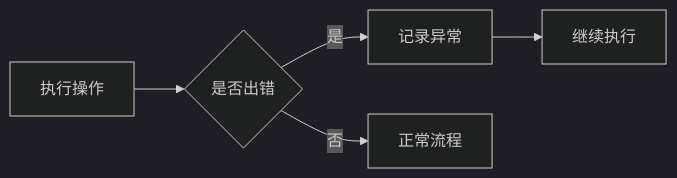
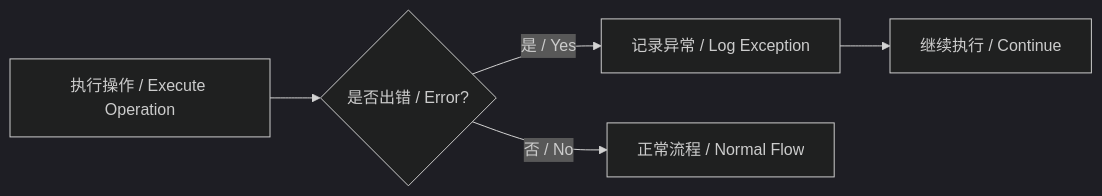
The fifth of 6 diagrams in README.md (041008Ashley/2025-platform-price-crawling-tool), drawn with Mermaid (dark theme) before and after one commit. The commit also changed other lines of this file, not shown here.

````diff
--- a/README.md
+++ b/README.md
@@ -144,7 +145,7 @@
 ```mermaid
 graph LR
-    E1[执行操作] --> E2{是否出错}
-    E2 -->|是| E3[记录异常]
-    E3 --> E4[继续执行]
-    E2 -->|否| E5[正常流程]
+    E1[执行操作 / Execute Operation] --> E2{是否出错 / Error?}
+    E2 -->|是 / Yes| E3[记录异常 / Log Exception]
+    E3 --> E4[继续执行 / Continue]
+    E2 -->|否 / No| E5[正常流程 / Normal Flow]
 ```
````
